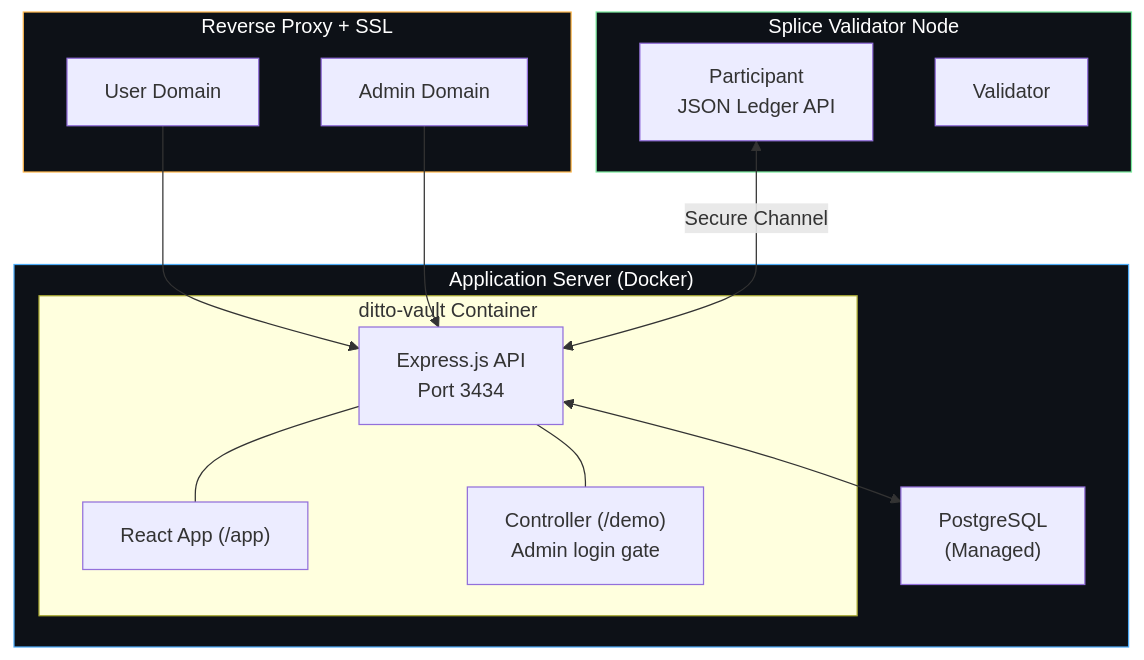
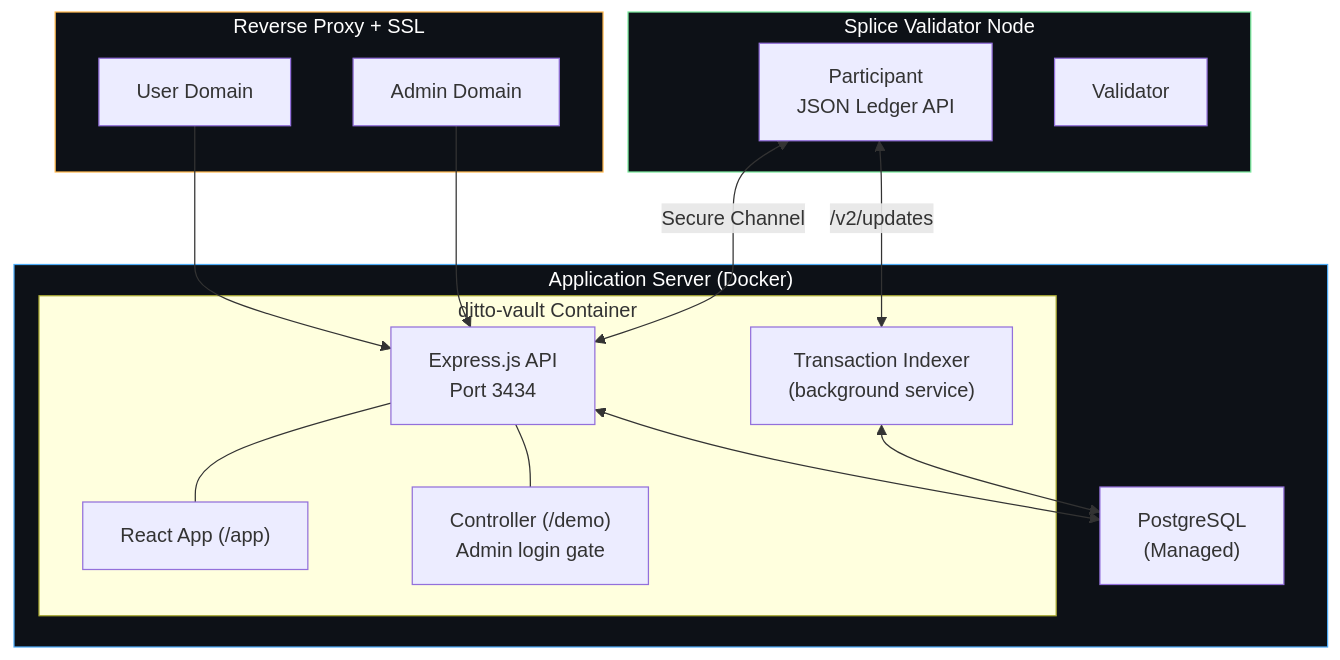
One commit to dittonetwork/ditto-ccvault changed diagram 13 of 13 in ARCHITECTURE.md. Above: the diagram before and after it, drawn with Mermaid. The commit also changed other lines of this file and 1 other file, not shown here.

First line of the commit message:
docs: update for v9 architecture — party separation, indexer, custodial USDCx

````diff
--- a/ARCHITECTURE.md
+++ b/ARCHITECTURE.md
@@ -613,32 +856,35 @@
 ```mermaid
 flowchart TB
     subgraph Edge["Reverse Proxy + SSL"]
         UD["User Domain"]
         AD["Admin Domain"]
     end
 
     subgraph AppServer["Application Server (Docker)"]
         subgraph Container["ditto-vault Container"]
             API["Express.js API\nPort 3434"]
             REACT["React App (/app)"]
             DEMO["Controller (/demo)\nAdmin login gate"]
+            IDX["Transaction Indexer\n(background service)"]
         end
         PG["PostgreSQL\n(Managed)"]
     end
 
     subgraph Validator["Splice Validator Node"]
         P["Participant\nJSON Ledger API"]
         V["Validator"]
     end
 
     UD --> API
     AD --> API
     API <--> PG
+    IDX <--> PG
     API --- REACT
     API --- DEMO
     P <-->|"Secure Channel"| API
+    P <-->|"/v2/updates"| IDX
 
     style Edge fill:#0d1117,stroke:#ffb84d,color:#fff
     style Validator fill:#0d1117,stroke:#7ae99d,color:#fff
     style AppServer fill:#0d1117,stroke:#4dabf7,color:#fff
 ```
````
